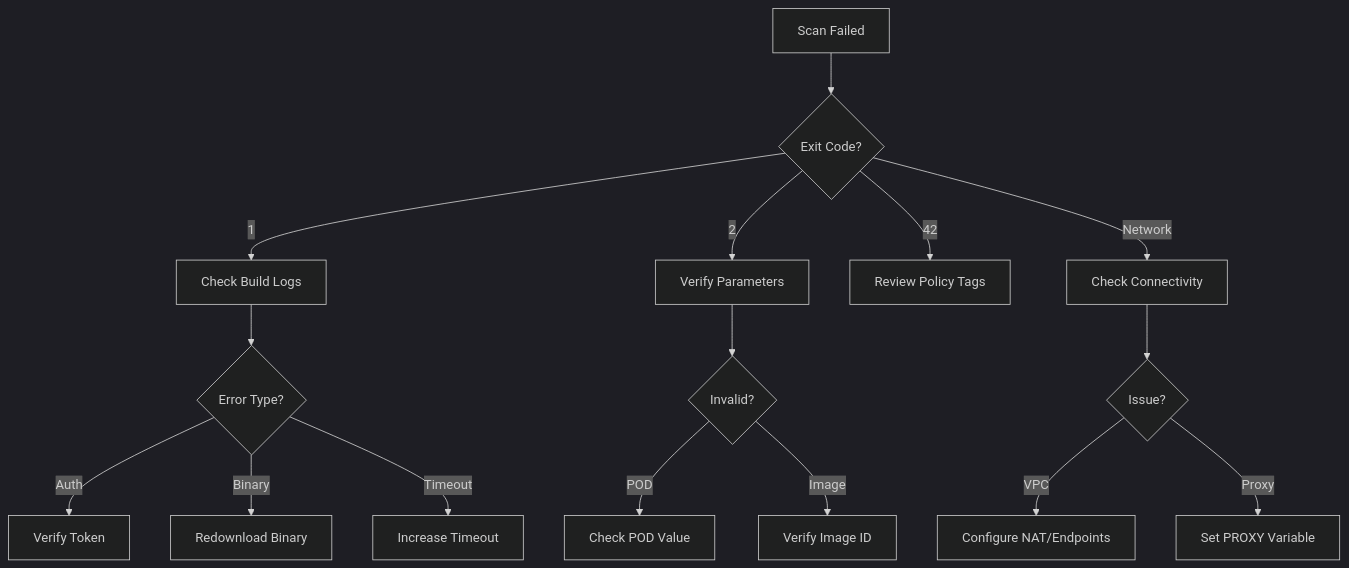
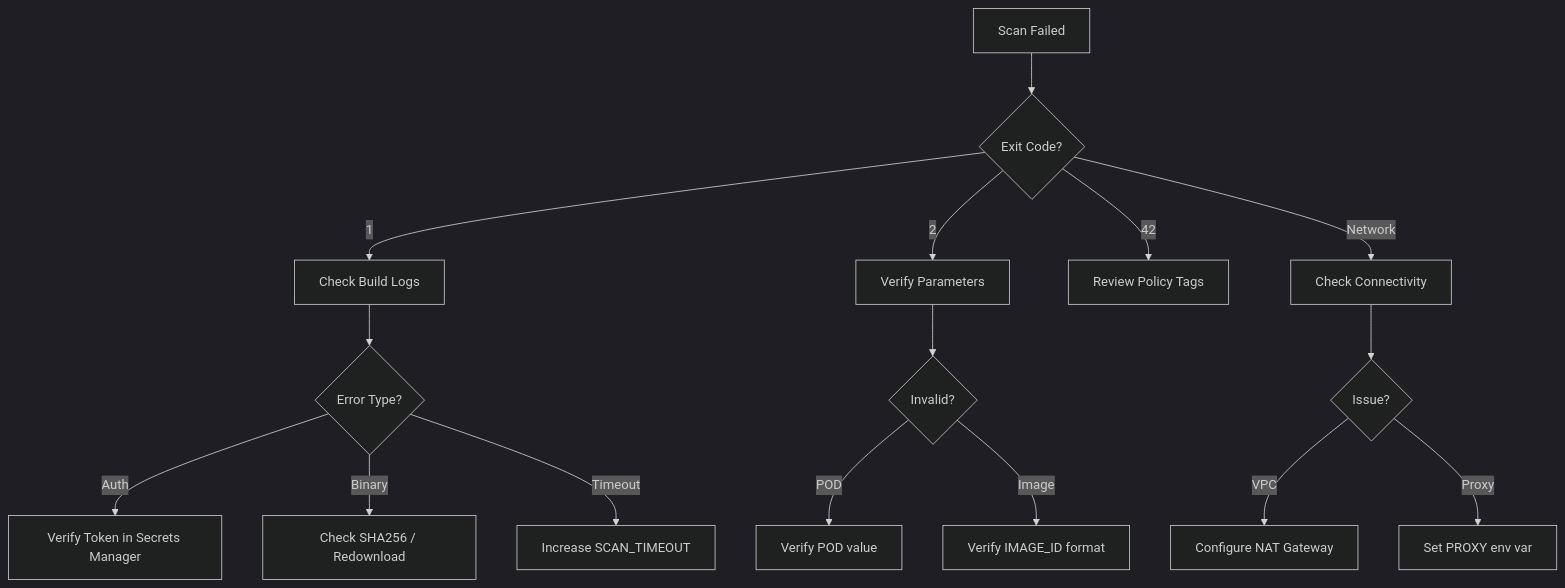
Diagram 16 of 16 in docs/technical-architecture.md (nelssec/qualys-codebuild), drawn with Mermaid (dark theme) before and after one commit. The commit also changed other lines of this file and 5 other files, not shown here.

````diff
--- a/docs/technical-architecture.md
+++ b/docs/technical-architecture.md
@@ -560,22 +462,22 @@
 ```mermaid
 flowchart TD
     START[Scan Failed] --> EC{Exit Code?}
 
     EC -->|1| CHECK_LOG[Check Build Logs]
     EC -->|2| CHECK_PARAMS[Verify Parameters]
     EC -->|42| CHECK_POLICY[Review Policy Tags]
     EC -->|Network| CHECK_NET[Check Connectivity]
 
     CHECK_LOG --> LOG_ERR{Error Type?}
-    LOG_ERR -->|Auth| FIX_AUTH[Verify Token]
-    LOG_ERR -->|Binary| FIX_BIN[Redownload Binary]
-    LOG_ERR -->|Timeout| FIX_TIME[Increase Timeout]
+    LOG_ERR -->|Auth| FIX_AUTH[Verify Token in Secrets Manager]
+    LOG_ERR -->|Binary| FIX_BIN[Check SHA256 / Redownload]
+    LOG_ERR -->|Timeout| FIX_TIME[Increase SCAN_TIMEOUT]
 
     CHECK_PARAMS --> PARAM_ERR{Invalid?}
-    PARAM_ERR -->|POD| FIX_POD[Check POD Value]
-    PARAM_ERR -->|Image| FIX_IMG[Verify Image ID]
+    PARAM_ERR -->|POD| FIX_POD[Verify POD value]
+    PARAM_ERR -->|Image| FIX_IMG[Verify IMAGE_ID format]
 
     CHECK_NET --> NET_ERR{Issue?}
-    NET_ERR -->|VPC| FIX_VPC[Configure NAT/Endpoints]
-    NET_ERR -->|Proxy| FIX_PROXY[Set PROXY Variable]
+    NET_ERR -->|VPC| FIX_VPC[Configure NAT Gateway]
+    NET_ERR -->|Proxy| FIX_PROXY[Set PROXY env var]
 ```
````
